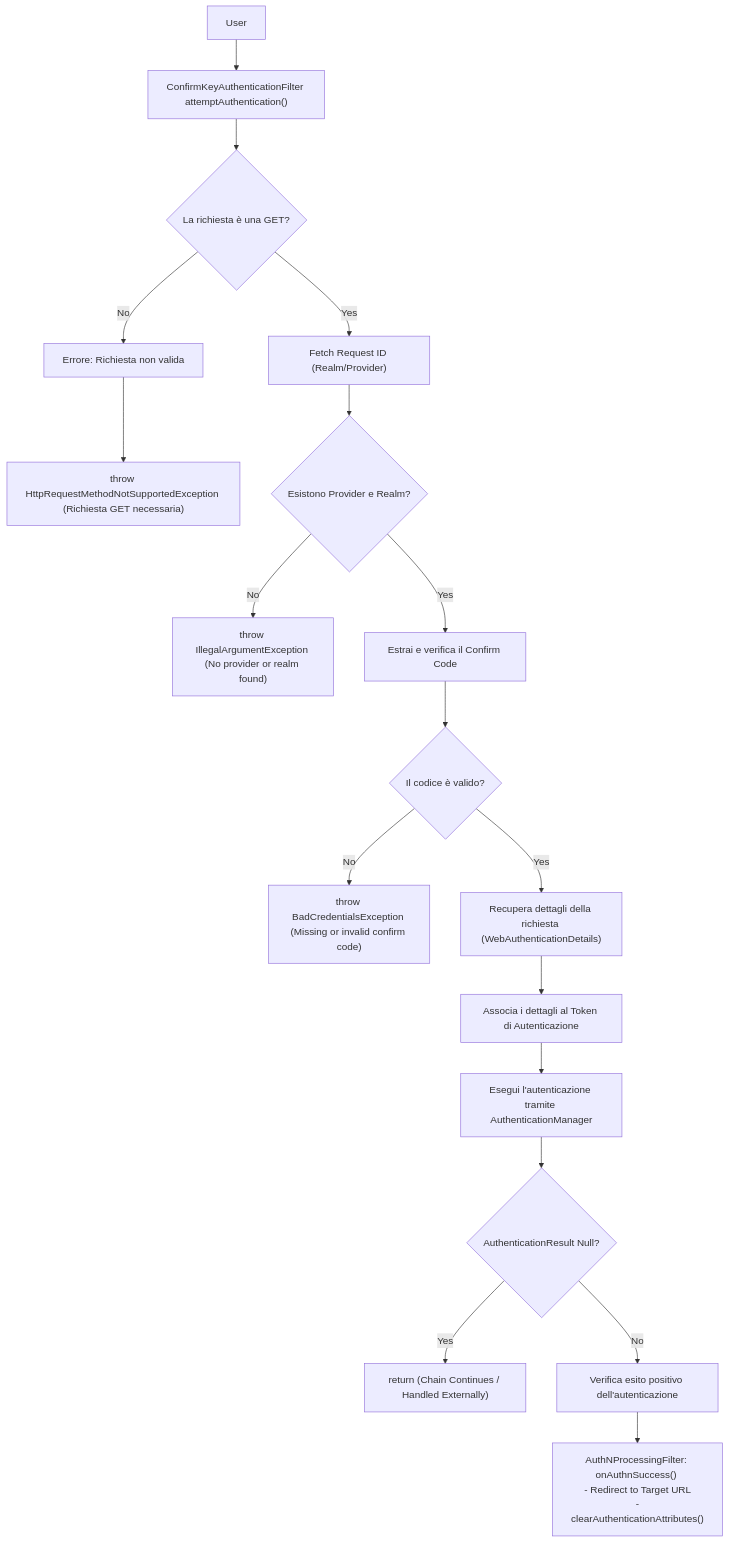
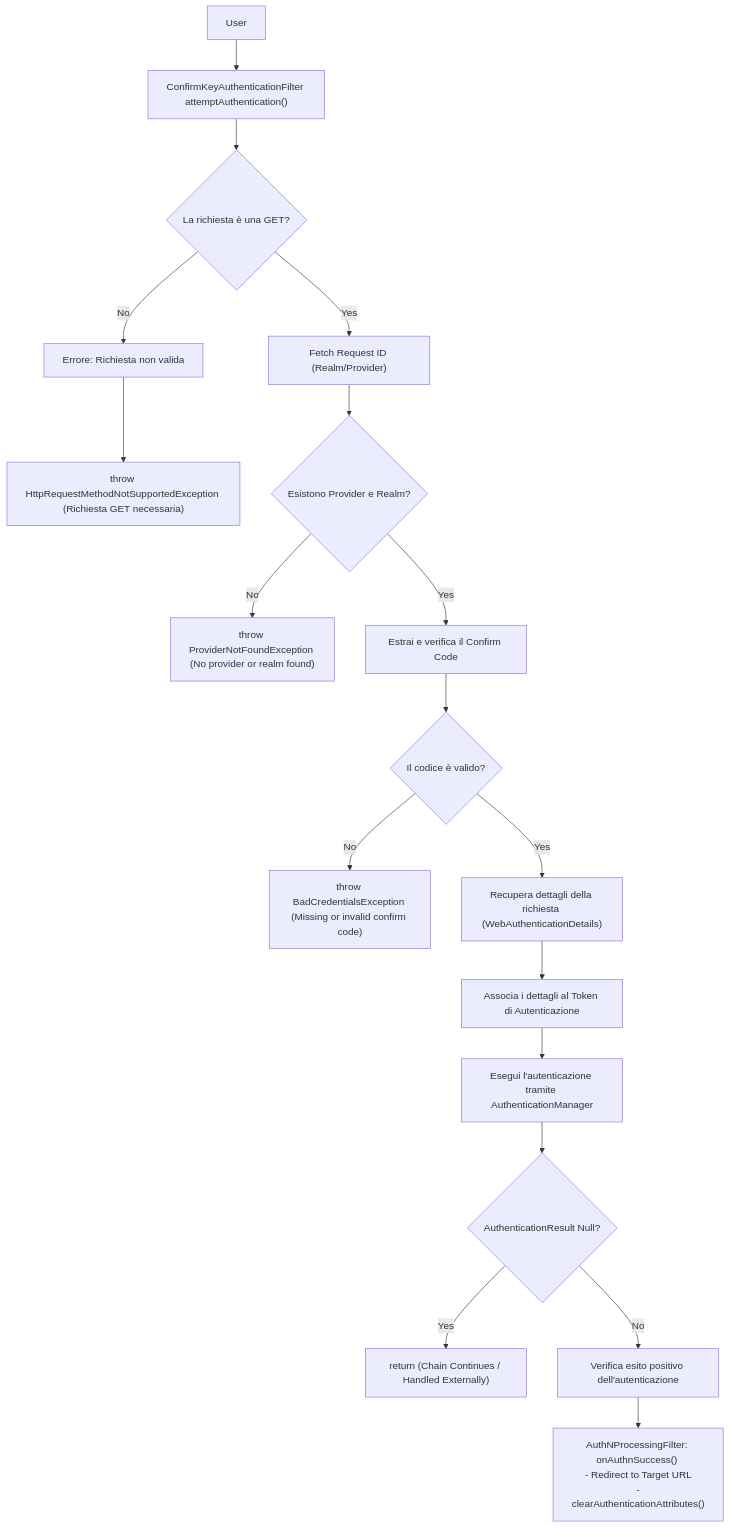
One commit to RickdoMasco/AAC changed the diagram in docs/06-Diagrams/internal-diagrams/internal-authentication-flowchart.md. Above: the diagram before and after it, drawn with Mermaid. The commit also changed 11 other files, not shown here.

````diff
--- a/docs/06-Diagrams/internal-diagrams/internal-authentication-flowchart.md
+++ b/docs/06-Diagrams/internal-diagrams/internal-authentication-flowchart.md
@@ -9,29 +9,29 @@
 ```mermaid
 flowchart TD
     User[User] --> CKAF["ConfirmKeyAuthenticationFilter attemptAuthentication()"]
 
     CKAF --> HR{La richiesta è una GET?}
     
     HR -- No --> ETH["Errore: Richiesta non valida"]
     ETH --> EWP["throw HttpRequestMethodNotSupportedException (Richiesta GET necessaria)"]
     
     HR -- Yes --> FRI["Fetch Request ID (Realm/Provider)"]
     FRI --> RPE{Esistono Provider e Realm?}
     
-    RPE -- No --> ECC["throw IllegalArgumentException (No provider or realm found)"]
+    RPE -- No --> ECC["throw ProviderNotFoundException (No provider or realm found)"]
     RPE -- Yes --> CCC["Estrai e verifica il Confirm Code"]
     
     CCC --> CCV{Il codice è valido?}
     
     CCV -- No --> ICC["throw BadCredentialsException (Missing or invalid confirm code)"]
     CCV -- Yes --> RD["Recupera dettagli della richiesta (WebAuthenticationDetails)"]
     
     RD --> SD["Associa i dettagli al Token di Autenticazione"]
     SD --> AAM["Esegui l'autenticazione tramite AuthenticationManager"]
 
     AAM --> FAR{AuthenticationResult Null?}
     FAR -- Yes --> FARY["return (Chain Continues / Handled Externally)"]
     FAR -- No --> FARN["Verifica esito positivo dell'autenticazione"]
 
     FARN --> SA["AuthNProcessingFilter: onAuthnSuccess() \n - Redirect to Target URL \n - clearAuthenticationAttributes()"]
 ```
````
